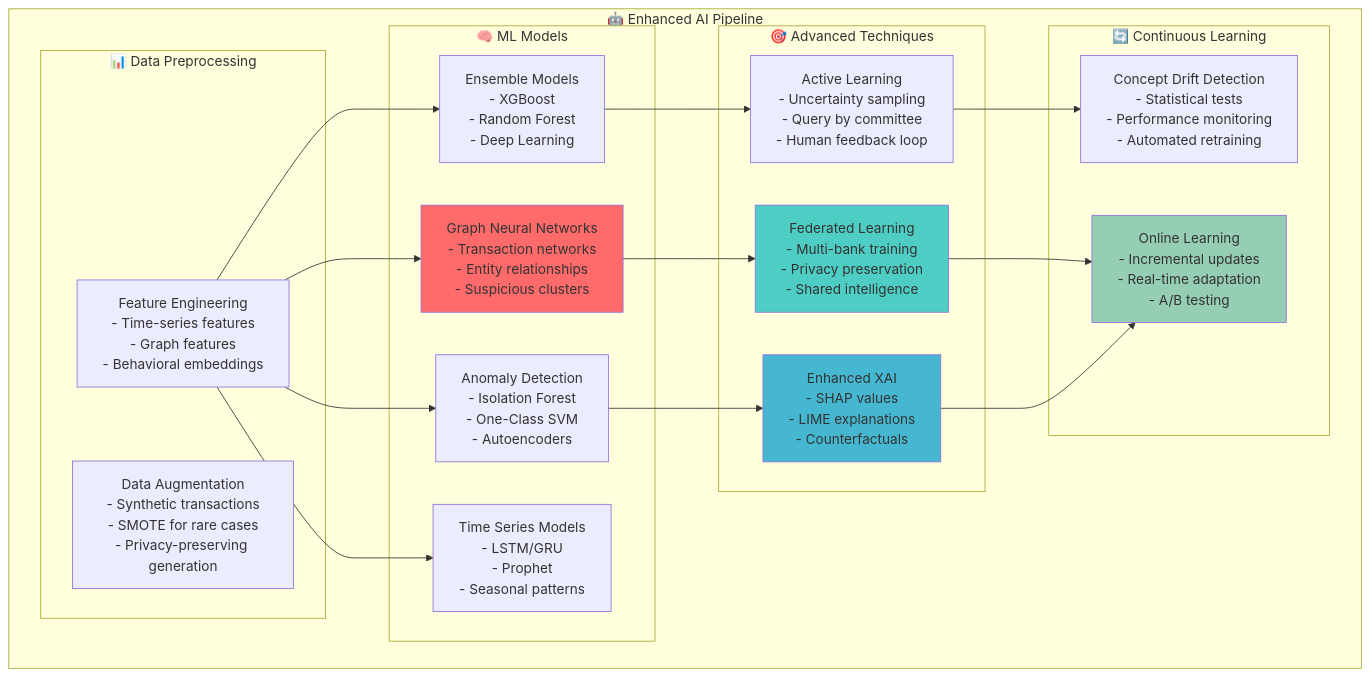
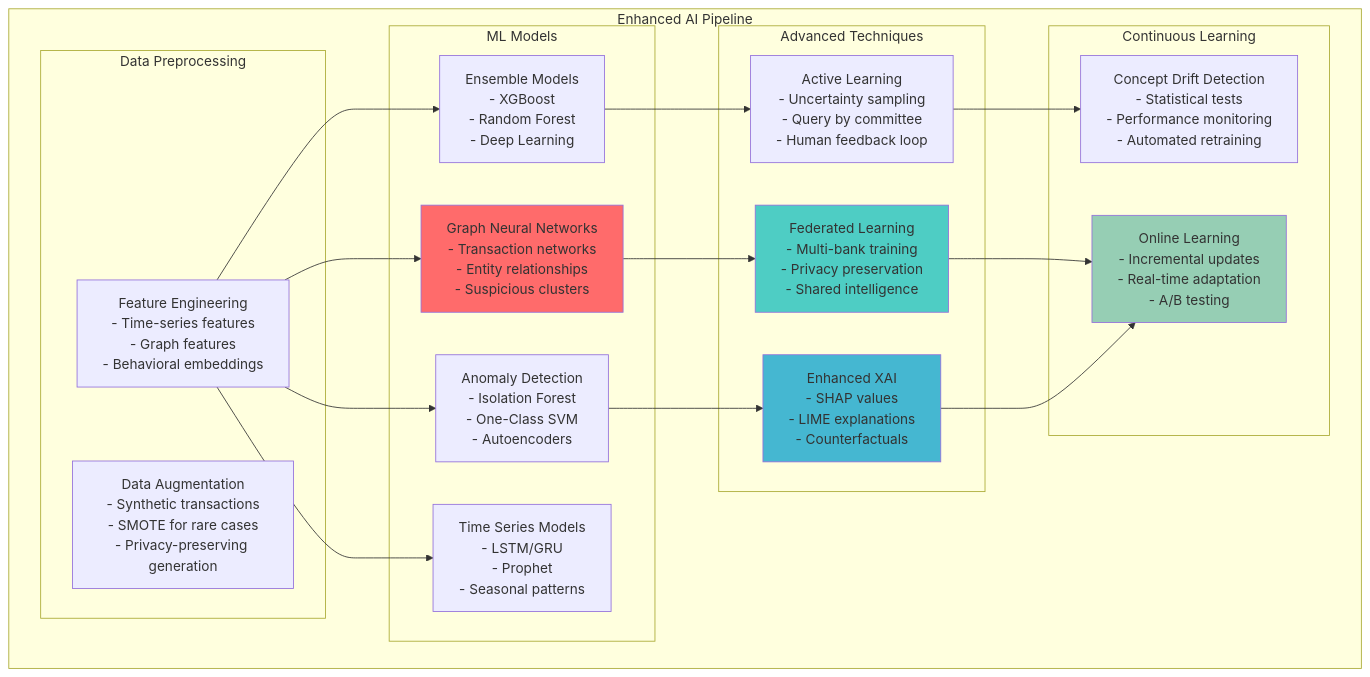
The fifth of 11 diagrams in README.md (gregorizeidler-cw/LavandowskI-Chatbot), drawn with Mermaid before and after one commit. The commit also changed other lines of this file, not shown here.

````diff
--- a/README.md
+++ b/README.md
@@ -1076,45 +1076,45 @@
 ```mermaid
 graph TB
-    subgraph "🤖 Enhanced AI Pipeline"
-        subgraph "📊 Data Preprocessing"
+    subgraph " Enhanced AI Pipeline"
+        subgraph " Data Preprocessing"
                     FEATURES[Feature Engineering<br/>- Time-series features<br/>- Graph features<br/>- Behavioral embeddings]
         AUGMENT[Data Augmentation<br/>- Synthetic transactions<br/>- SMOTE for rare cases<br/>- Privacy-preserving generation]
         end
         
-        subgraph "🧠 ML Models"
+        subgraph " ML Models"
             ENSEMBLE[Ensemble Models<br/>- XGBoost<br/>- Random Forest<br/>- Deep Learning]
             GRAPH[Graph Neural Networks<br/>- Transaction networks<br/>- Entity relationships<br/>- Suspicious clusters]
             ANOMALY[Anomaly Detection<br/>- Isolation Forest<br/>- One-Class SVM<br/>- Autoencoders]
             TIME[Time Series Models<br/>- LSTM/GRU<br/>- Prophet<br/>- Seasonal patterns]
         end
         
-        subgraph "🎯 Advanced Techniques"
+        subgraph " Advanced Techniques"
             ACTIVE[Active Learning<br/>- Uncertainty sampling<br/>- Query by committee<br/>- Human feedback loop]
             FEDERATED[Federated Learning<br/>- Multi-bank training<br/>- Privacy preservation<br/>- Shared intelligence]
             EXPLAINABLE[Enhanced XAI<br/>- SHAP values<br/>- LIME explanations<br/>- Counterfactuals]
         end
         
-        subgraph "🔄 Continuous Learning"
+        subgraph " Continuous Learning"
             DRIFT[Concept Drift Detection<br/>- Statistical tests<br/>- Performance monitoring<br/>- Automated retraining]
             ONLINE[Online Learning<br/>- Incremental updates<br/>- Real-time adaptation<br/>- A/B testing]
         end
     end
     
     FEATURES --> ENSEMBLE
     FEATURES --> GRAPH
     FEATURES --> ANOMALY
     FEATURES --> TIME
     
     ENSEMBLE --> ACTIVE
     GRAPH --> FEDERATED
     ANOMALY --> EXPLAINABLE
     
     ACTIVE --> DRIFT
     FEDERATED --> ONLINE
     EXPLAINABLE --> ONLINE
     
     style GRAPH fill:#ff6b6b
     style FEDERATED fill:#4ecdc4
     style EXPLAINABLE fill:#45b7d1
     style ONLINE fill:#96ceb4
 ```
````
